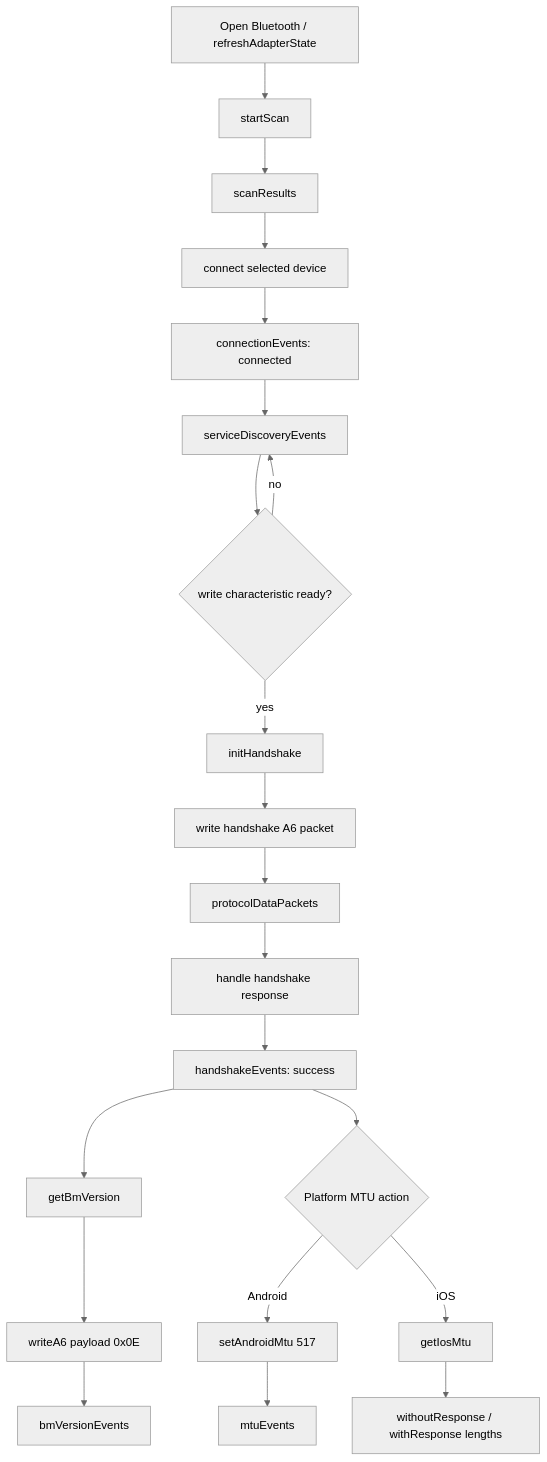
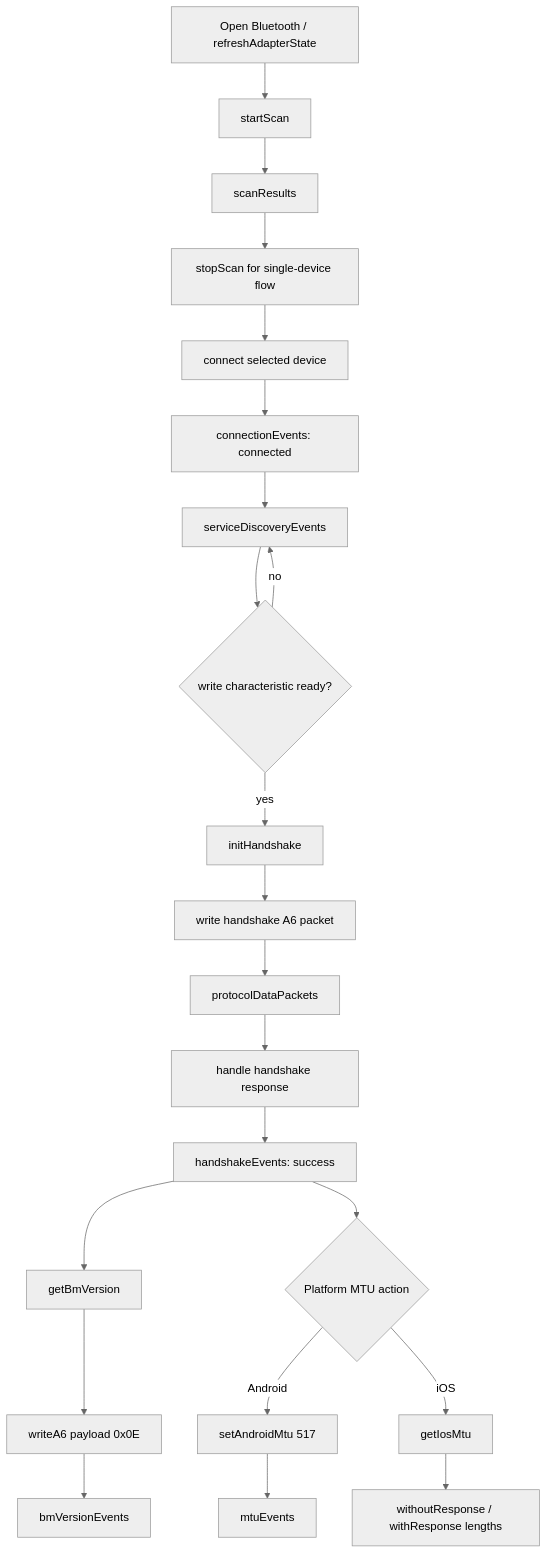
The diagram in README.md (elinkthings/flutter_elink_ble), drawn with Mermaid (neutral theme) before and after one commit. The commit also changed other lines of this file and 7 other files, not shown here.

````diff
--- a/README.md
+++ b/README.md
@@ -131,23 +131,24 @@
 ```mermaid
 flowchart TD
   A[Open Bluetooth / refreshAdapterState] --> B[startScan]
   B --> C[scanResults]
-  C --> D[connect selected device]
-  D --> E[connectionEvents: connected]
-  E --> F[serviceDiscoveryEvents]
-  F --> G{write characteristic ready?}
-  G -- no --> F
-  G -- yes --> H[initHandshake]
-  H --> I[write handshake A6 packet]
-  I --> J[protocolDataPackets]
-  J --> K[handle handshake response]
-  K --> L[handshakeEvents: success]
-  L --> M[getBmVersion]
-  M --> N[writeA6 payload 0x0E]
-  N --> O[bmVersionEvents]
-  L --> P{Platform MTU action}
-  P -- Android --> Q[setAndroidMtu 517]
-  Q --> R[mtuEvents]
-  P -- iOS --> S[getIosMtu]
-  S --> T[withoutResponse / withResponse lengths]
+  C --> D[stopScan for single-device flow]
+  D --> E[connect selected device]
+  E --> F[connectionEvents: connected]
+  F --> G[serviceDiscoveryEvents]
+  G --> H{write characteristic ready?}
+  H -- no --> G
+  H -- yes --> I[initHandshake]
+  I --> J[write handshake A6 packet]
+  J --> K[protocolDataPackets]
+  K --> L[handle handshake response]
+  L --> M[handshakeEvents: success]
+  M --> N[getBmVersion]
+  N --> O[writeA6 payload 0x0E]
+  O --> P[bmVersionEvents]
+  M --> Q{Platform MTU action}
+  Q -- Android --> R[setAndroidMtu 517]
+  R --> S[mtuEvents]
+  Q -- iOS --> T[getIosMtu]
+  T --> U[withoutResponse / withResponse lengths]
 ```
````
